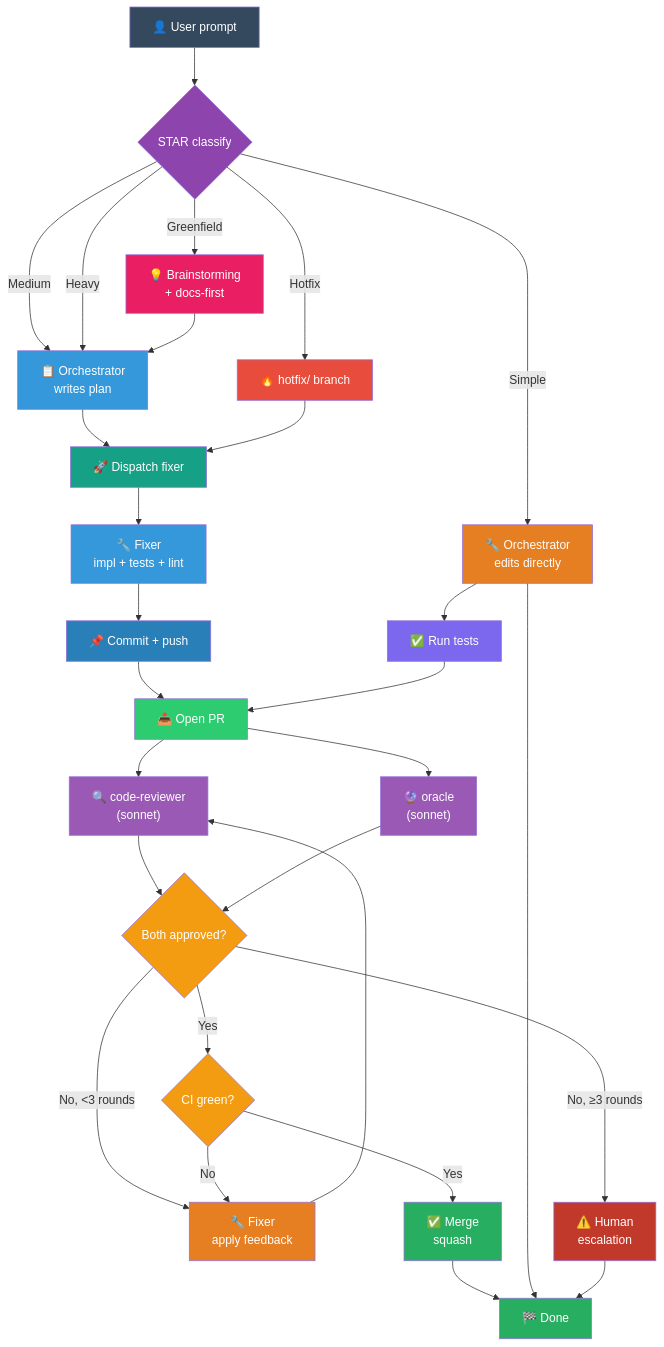
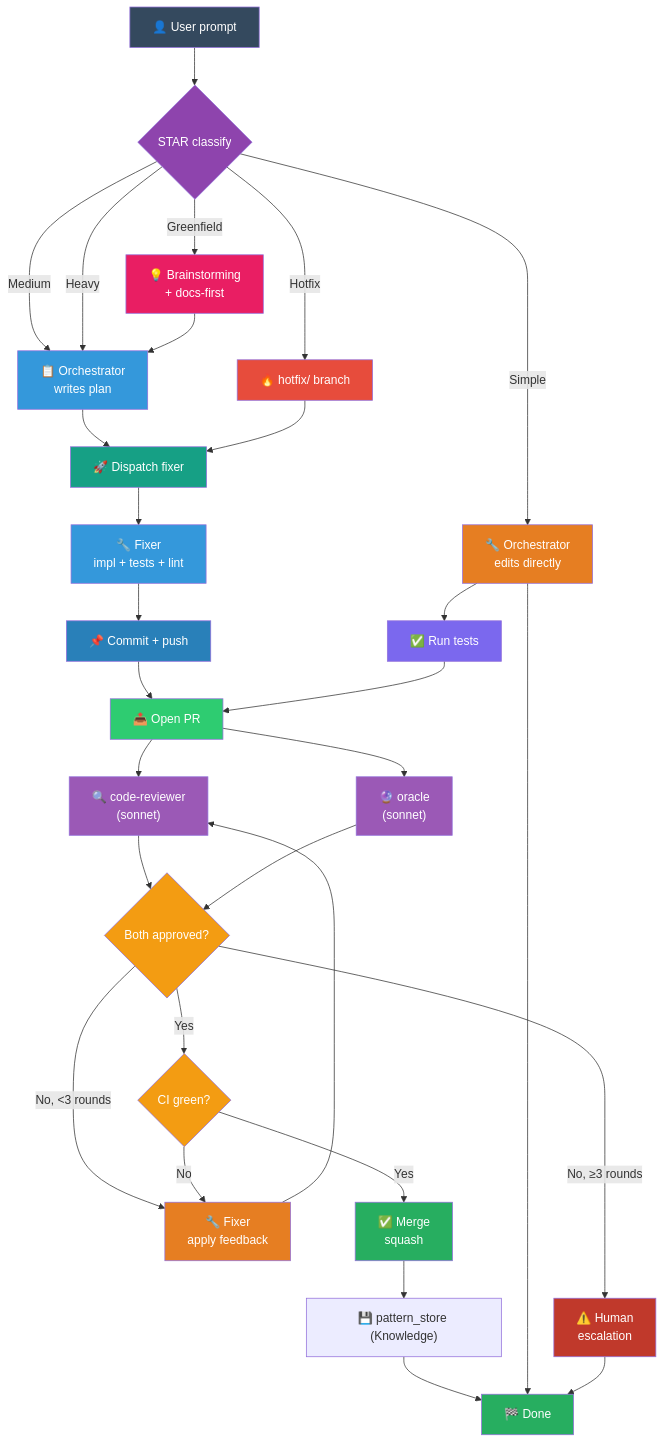
Before and after one commit to helmiatwork/lean-flow: the first of 2 diagrams in docs/ARCHITECTURE.md, drawn with Mermaid. The commit also changed 1 other file, not shown here.

Commit message:
docs: streamline and clarify 3-pillar architecture, gitnexus graph injection, and golden lifecycle

````diff
--- a/docs/ARCHITECTURE.md
+++ b/docs/ARCHITECTURE.md
@@ -7,55 +7,56 @@
 ```mermaid
 flowchart TD
     UP["👤 User prompt"] --> STAR{STAR classify}
     STAR -->|Simple| DIRECT["🔧 Orchestrator\nedits directly"]
     STAR -->|Medium| PLAN["📋 Orchestrator\nwrites plan"]
     STAR -->|Heavy| PLAN
     STAR -->|Greenfield| BRAINSTORM["💡 Brainstorming\n+ docs-first"]
     STAR -->|Hotfix| HOTFIX["🔥 hotfix/ branch"]
     
     BRAINSTORM --> PLAN
     PLAN --> EXEC["🚀 Dispatch fixer"]
     DIRECT --> TEST["✅ Run tests"]
     HOTFIX --> EXEC
     EXEC --> IMPL["🔧 Fixer\nimpl + tests + lint"]
     IMPL --> COMMIT["📌 Commit + push"]
     COMMIT --> PR["📤 Open PR"]
     TEST --> PR
     
     PR --> CR["🔍 code-reviewer\n(sonnet)"]
     PR --> OR["🔮 oracle\n(sonnet)"]
     CR --> VERDICT{Both approved?}
     OR --> VERDICT
     
     VERDICT -->|No, <3 rounds| FIX["🔧 Fixer\napply feedback"]
     VERDICT -->|Yes| CI{CI green?}
     VERDICT -->|No, ≥3 rounds| HUMAN["⚠️ Human\nescalation"]
     
     FIX --> CR
     CI -->|No| FIX
     CI -->|Yes| MERGE["✅ Merge\nsquash"]
     
-    MERGE --> DONE["🏁 Done"]
+    MERGE --> STORE["💾 pattern_store (Knowledge)"]
+    STORE --> DONE["🏁 Done"]
     DIRECT --> DONE
     HUMAN --> DONE
     
     style UP fill:#34495E,color:#fff
     style STAR fill:#8E44AD,color:#fff
     style PLAN fill:#3498DB,color:#fff
     style DIRECT fill:#E67E22,color:#fff
     style BRAINSTORM fill:#E91E63,color:#fff
     style HOTFIX fill:#E74C3C,color:#fff
     style EXEC fill:#16A085,color:#fff
     style IMPL fill:#3498DB,color:#fff
     style COMMIT fill:#2980B9,color:#fff
     style PR fill:#2ECC71,color:#fff
     style TEST fill:#7B68EE,color:#fff
     style CR fill:#9B59B6,color:#fff
     style OR fill:#9B59B6,color:#fff
     style VERDICT fill:#F39C12,color:#fff
     style FIX fill:#E67E22,color:#fff
     style CI fill:#F39C12,color:#fff
     style MERGE fill:#27AE60,color:#fff
     style HUMAN fill:#C0392B,color:#fff
     style DONE fill:#27AE60,color:#fff
 ```
````
